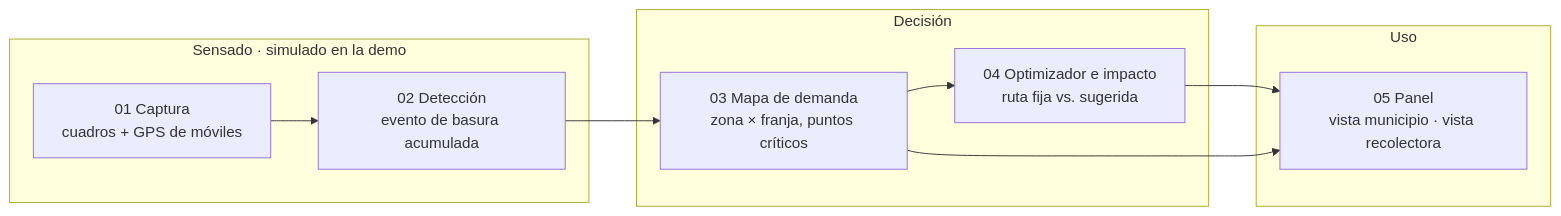
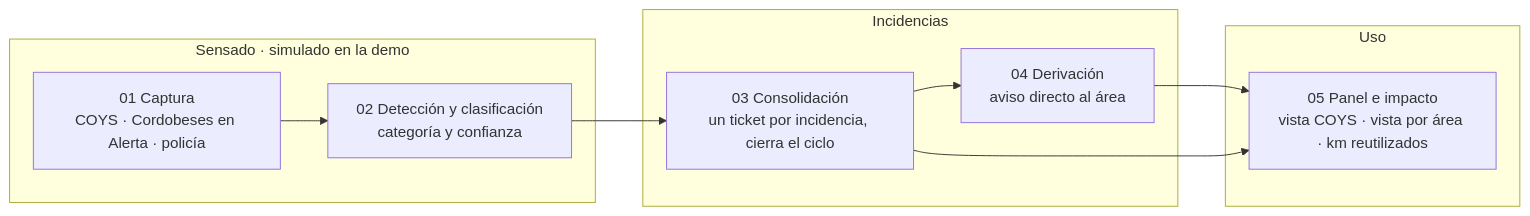
The second of 2 diagrams in README.md (NachoSamo/Hack2theFuture-CordobaTechWeek), drawn with Mermaid before and after one commit. The commit also changed other lines of this file and 9 other files, not shown here.

````diff
--- a/README.md
+++ b/README.md
@@ -74,16 +74,16 @@
 ```mermaid
 flowchart LR
     subgraph Sensado[Sensado · simulado en la demo]
-        A[01 Captura<br/>cuadros + GPS de móviles]
-        B[02 Detección<br/>evento de basura acumulada]
+        A[01 Captura<br/>COYS · Cordobeses en Alerta · policía]
+        B[02 Detección y clasificación<br/>categoría y confianza]
     end
-    subgraph Decision[Decisión]
-        C[03 Mapa de demanda<br/>zona × franja, puntos críticos]
-        D[04 Optimizador e impacto<br/>ruta fija vs. sugerida]
+    subgraph Incidencias[Incidencias]
+        C[03 Consolidación<br/>un ticket por incidencia, cierra el ciclo]
+        D[04 Derivación<br/>aviso directo al área]
     end
     subgraph Uso[Uso]
-        E[05 Panel<br/>vista municipio · vista recolectora]
+        E[05 Panel e impacto<br/>vista COYS · vista por área · km reutilizados]
     end
     A --> B --> C --> D --> E
     C --> E
 ```
````
